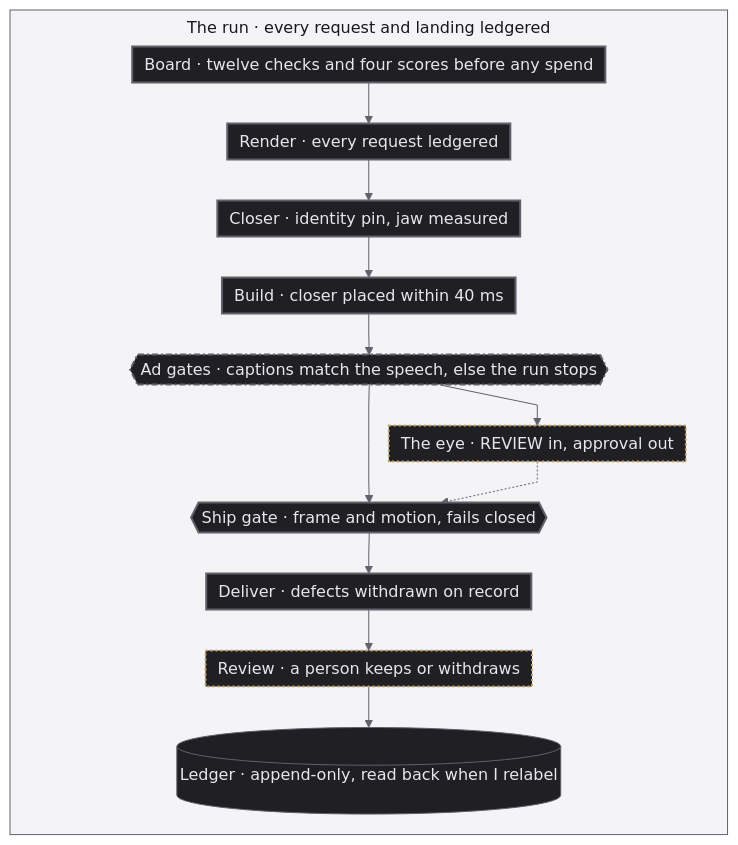
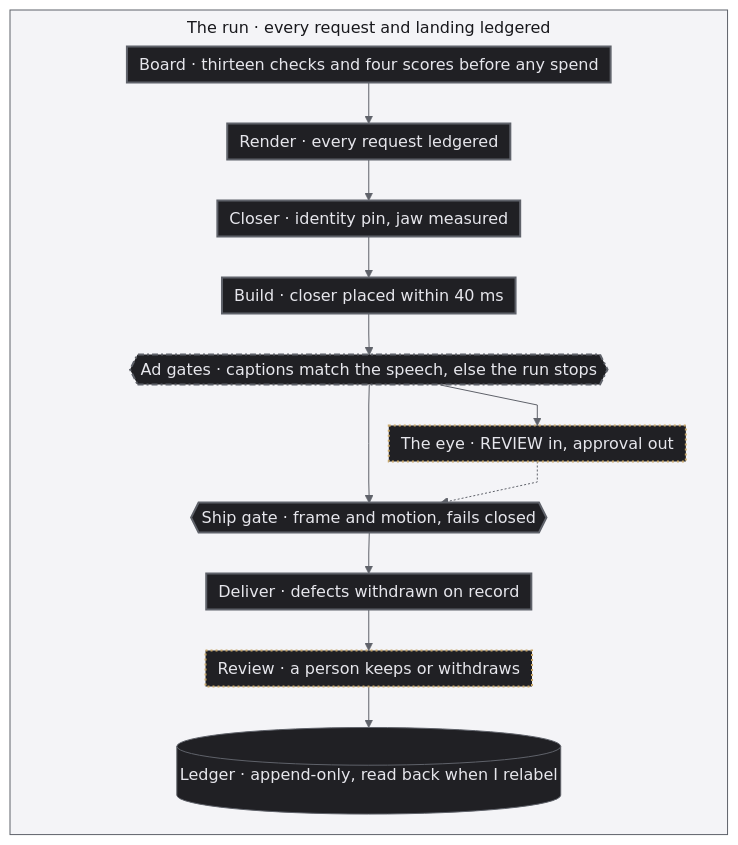
Before and after one commit to jameswniu/autonomous-ads-pipeline-multimodal-evals: the diagram in README.md, drawn with Mermaid. The commit also changed other lines of this file and 14 other files, not shown here.

````diff
--- a/README.md
+++ b/README.md
@@ -343,31 +343,31 @@
 ```mermaid
 %%{init: {'flowchart': {'curve': 'linear', 'nodeSpacing': 20, 'rankSpacing': 16, 'padding': 6, 'diagramPadding': 2, 'wrappingWidth': 520, 'subGraphTitleMargin': {'top': 6, 'bottom': 10}}, 'themeVariables': {'fontSize': '16px', 'lineColor': '#5f626a', 'edgeLabelBackground': '#ffffff', 'clusterBkg': '#f4f4f7', 'clusterBorder': '#5f626a', 'titleColor': '#18181c'}}}%%
 flowchart TD
     subgraph RUN["The run · every request and landing ledgered"]
         direction TB
         AG{{"Ad gates · captions match the speech, else the run stops"}}
         %% GH is an invisible twin of the eye, it balances the spine so the steps stay in one column
         AG ~~~ GH["The eye · REVIEW in, approval out"]
         GH ~~~ SG
-        B["Board · twelve checks and four scores before any spend"] --> R["Render · every request ledgered"] --> C["Closer · identity pin, jaw measured"] --> BU["Build · closer placed within 40 ms"] --> AG --> SG{{"Ship gate · frame and motion, fails closed"}} --> D["Deliver · defects withdrawn on record"]
+        B["Board · thirteen checks and four scores before any spend"] --> R["Render · every request ledgered"] --> C["Closer · identity pin, jaw measured"] --> BU["Build · closer placed within 40 ms"] --> AG --> SG{{"Ship gate · frame and motion, fails closed"}} --> D["Deliver · defects withdrawn on record"]
         D --> RV["Review · a person keeps or withdraws"]
         RV --> L[("Ledger · append-only, read back when I relabel")]
         AG --> EYE["The eye · REVIEW in, approval out"]
         EYE -.-> SG
     end
 
     classDef run fill:#202024,stroke:#5f626a,color:#e6e6ec
     classDef process fill:#202024,stroke:#5f626a,stroke-width:2px,color:#e6e6ec
     classDef outcome fill:#202024,stroke:#5f626a,stroke-width:2px,stroke-dasharray:6 3,color:#e6e6ec
     classDef quality fill:#202024,stroke:#c9a86a,stroke-width:2px,stroke-dasharray:2 3,color:#e6e6ec
     classDef shared fill:#202024,stroke:#5f626a,stroke-width:2px,stroke-dasharray:6 3 2 3,color:#e6e6ec
     classDef ghost fill:none,stroke:none,color:transparent
     class L run
     class B,R,C,BU,SG,D process
     class AG outcome
     class AG quality
     class AG shared
     class EYE,RV quality
     class GH ghost
     style RUN fill:#f4f4f7,stroke:#5f626a,color:#18181c
 ```
````
